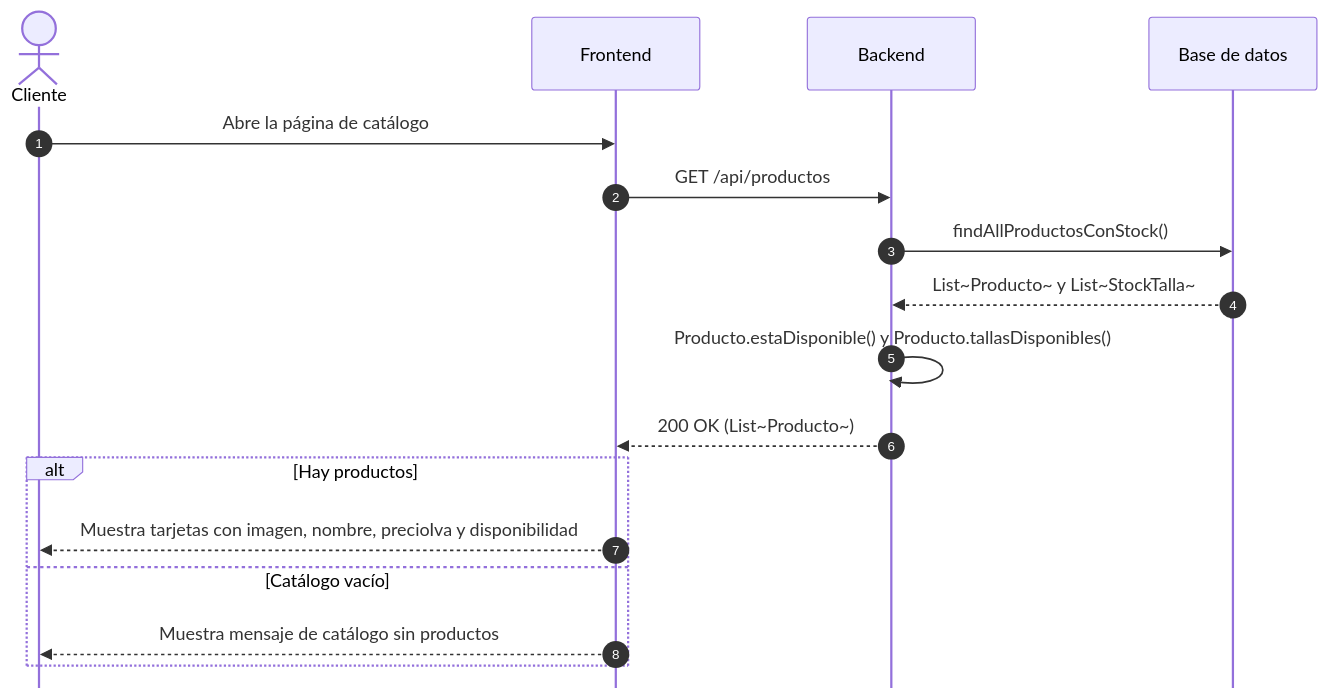
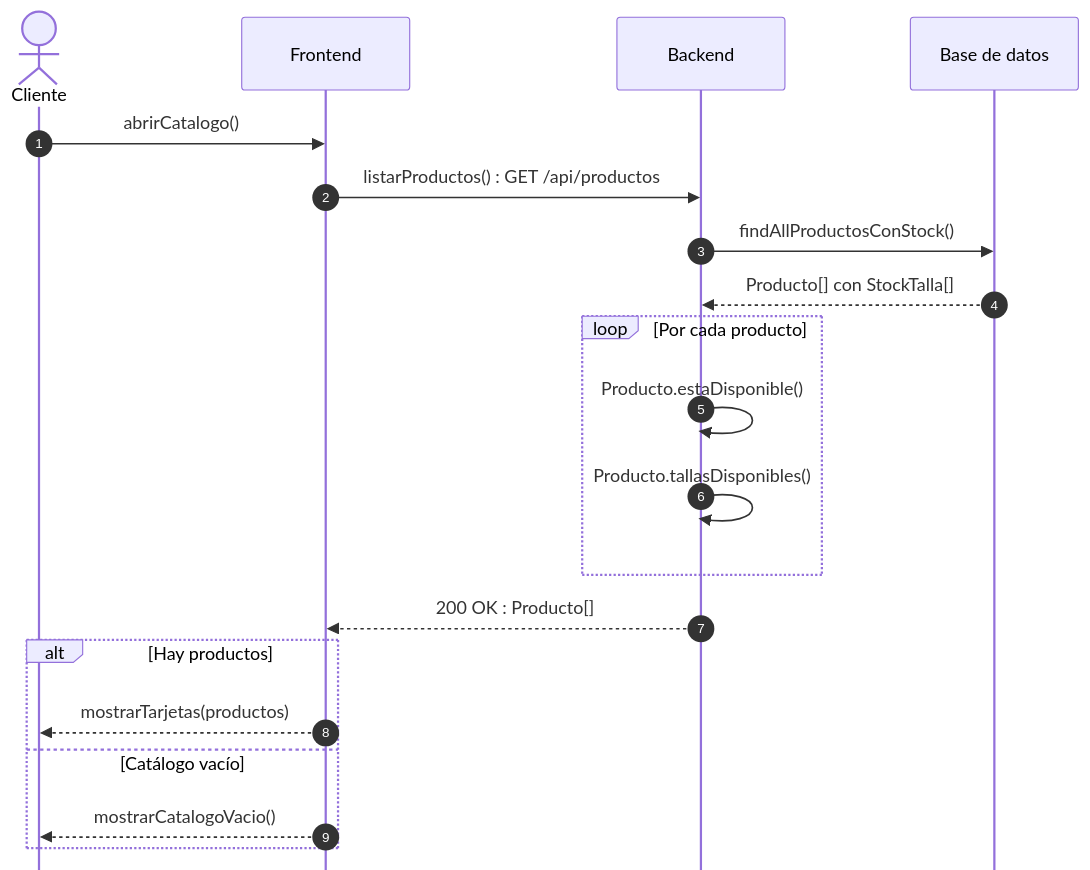
One commit to ajgarciarias10/PR3GPS changed the diagram in Practica3_G11_LaTeX/codigo/sec_us01.mmd. Above: the diagram before and after it, drawn with Mermaid. The commit also changed 22 other files, not shown here.

First line of the commit message:
fix(bloque3): diagramas de secuencia con nombres de métodos en lugar de frases

```diff
--- a/Practica3_G11_LaTeX/codigo/sec_us01.mmd
+++ b/Practica3_G11_LaTeX/codigo/sec_us01.mmd
@@ -1,18 +1,21 @@
 %%{init: {'sequence': {'mirrorActors': false}}}%%
 sequenceDiagram
     autonumber
     actor U as Cliente
     participant FE as Frontend
     participant BE as Backend
     participant DB as Base de datos
-    U->>FE: Abre la página de catálogo
-    FE->>BE: GET /api/productos
+    U->>FE: abrirCatalogo()
+    FE->>BE: listarProductos() : GET /api/productos
     BE->>DB: findAllProductosConStock()
-    DB-->>BE: List~Producto~ y List~StockTalla~
-    BE->>BE: Producto.estaDisponible() y Producto.tallasDisponibles()
-    BE-->>FE: 200 OK (List~Producto~)
+    DB-->>BE: Producto[] con StockTalla[]
+    loop Por cada producto
+        BE->>BE: Producto.estaDisponible()
+        BE->>BE: Producto.tallasDisponibles()
+    end
+    BE-->>FE: 200 OK : Producto[]
     alt Hay productos
-        FE-->>U: Muestra tarjetas con imagen, nombre, precioIva y disponibilidad
+        FE-->>U: mostrarTarjetas(productos)
     else Catálogo vacío
-        FE-->>U: Muestra mensaje de catálogo sin productos
+        FE-->>U: mostrarCatalogoVacio()
     end
```
